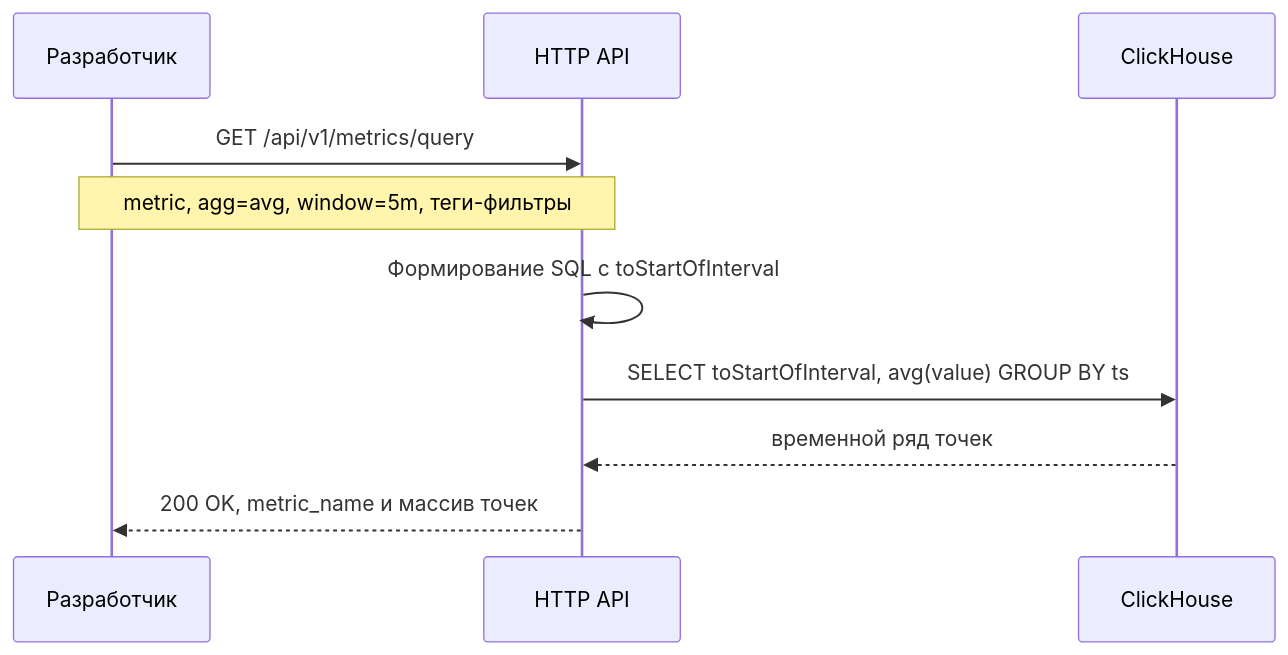
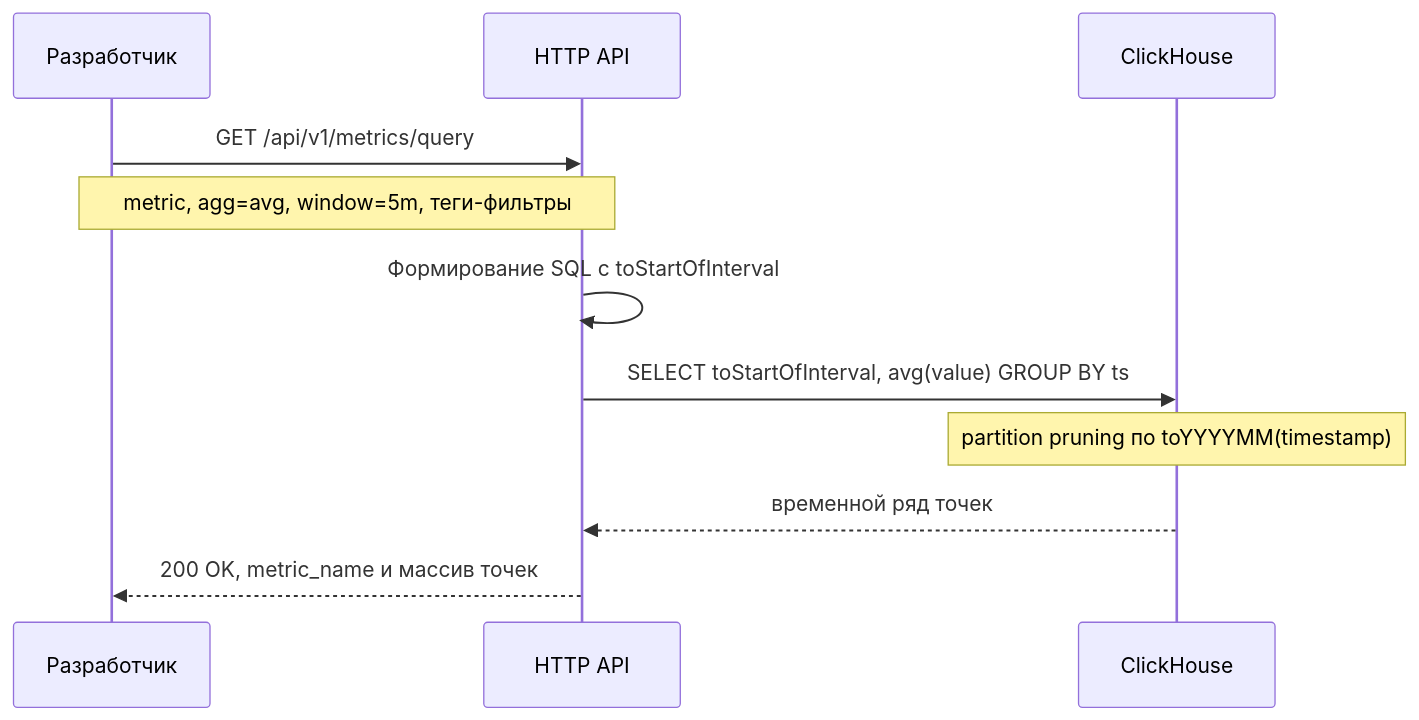
One commit to rastamanrin0/telemetry-service changed the seventh of 8 diagrams in README.md. Above: the diagram before and after it, drawn with Mermaid. The commit also changed other lines of this file, not shown here.

````diff
--- a/README.md
+++ b/README.md
@@ -115,13 +335,14 @@
 ```mermaid
 sequenceDiagram
     participant D as Разработчик
     participant A as HTTP API
     participant CH as ClickHouse
 
     D->>A: GET /api/v1/metrics/query
     Note over D,A: metric, agg=avg, window=5m, теги-фильтры
     A->>A: Формирование SQL с toStartOfInterval
     A->>CH: SELECT toStartOfInterval, avg(value) GROUP BY ts
+    Note over CH: partition pruning по toYYYYMM(timestamp)
     CH-->>A: временной ряд точек
     A-->>D: 200 OK, metric_name и массив точек
 ```
````
